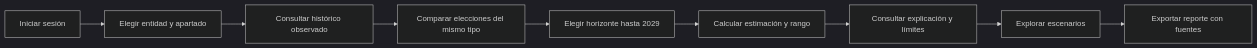
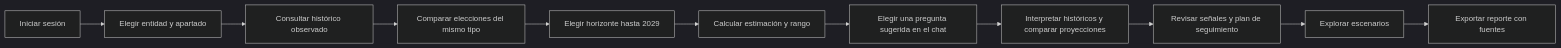
Before and after one commit to AntonioEstradaDiaz/ine-abstention: the first of 5 diagrams in README.md, drawn with Mermaid (dark theme). The commit also changed other lines of this file, not shown here.

Commit message:
docs: explain ML pipeline and new conversational AI architecture

````diff
--- a/README.md
+++ b/README.md
@@ -60,11 +70,13 @@
 ```mermaid
 flowchart LR
     A[Iniciar sesión] --> B[Elegir entidad y apartado]
     B --> C[Consultar histórico observado]
     C --> D[Comparar elecciones del mismo tipo]
     D --> E[Elegir horizonte hasta 2029]
     E --> F[Calcular estimación y rango]
-    F --> G[Consultar explicación y límites]
-    G --> H[Explorar escenarios]
+    F --> G[Elegir una pregunta sugerida en el chat]
+    G --> J[Interpretar históricos y comparar proyecciones]
+    J --> K[Revisar señales y plan de seguimiento]
+    K --> H[Explorar escenarios]
     H --> I[Exportar reporte con fuentes]
 ```
````
